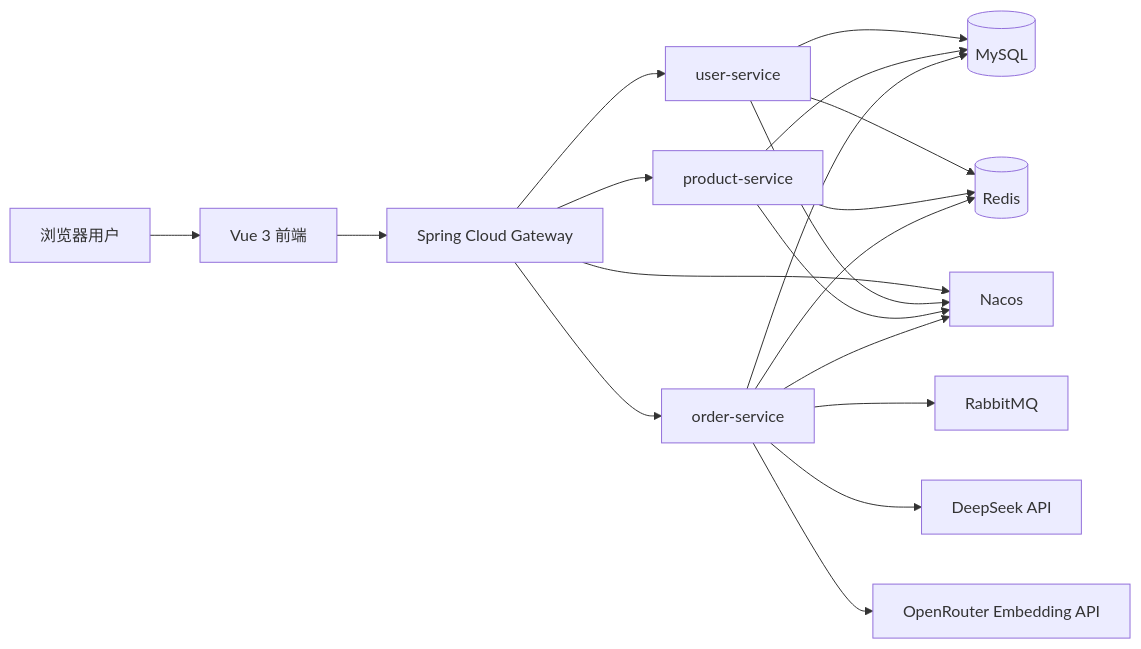
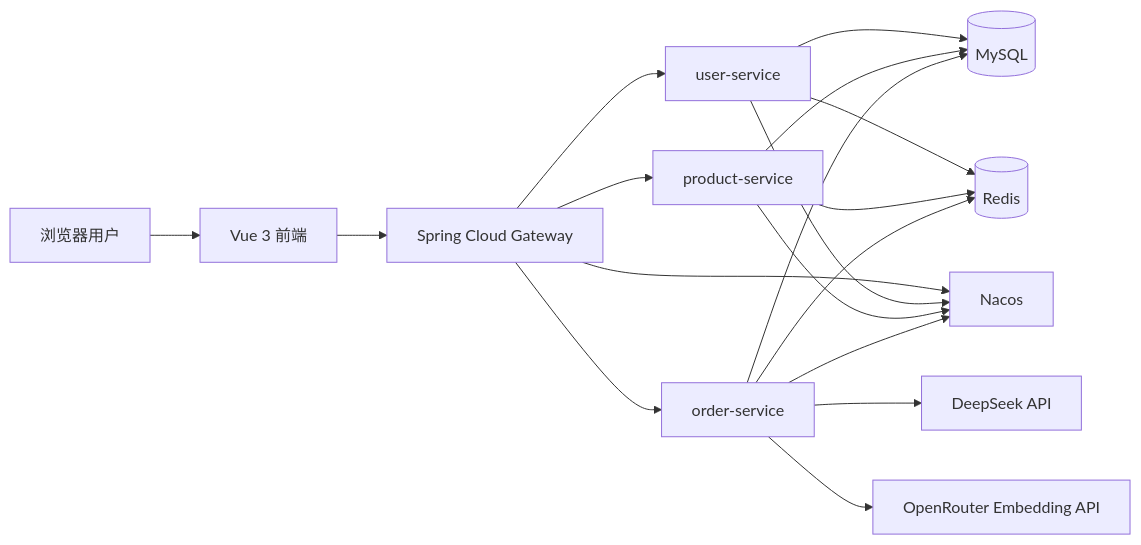
One commit to yuyukosama2004/rag-shopping-assistant-platform changed the diagram in README.md. Above: the diagram before and after it, drawn with Mermaid. The commit also changed other lines of this file and 63 other files, not shown here.

````diff
--- a/README.md
+++ b/README.md
@@ -91,26 +91,25 @@
 ```mermaid
 flowchart LR
     U[浏览器用户] --> F[Vue 3 前端]
     F --> G[Spring Cloud Gateway]
 
     G --> US[user-service]
     G --> PS[product-service]
     G --> OS[order-service]
 
     US --> DB[(MySQL)]
     PS --> DB
     OS --> DB
 
     US --> R[(Redis)]
     PS --> R
     OS --> R
 
-    OS --> MQ[RabbitMQ]
     OS --> AI[DeepSeek API]
     OS --> EMB[OpenRouter Embedding API]
 
     G --> N[Nacos]
     US --> N
     PS --> N
     OS --> N
 ```
````
